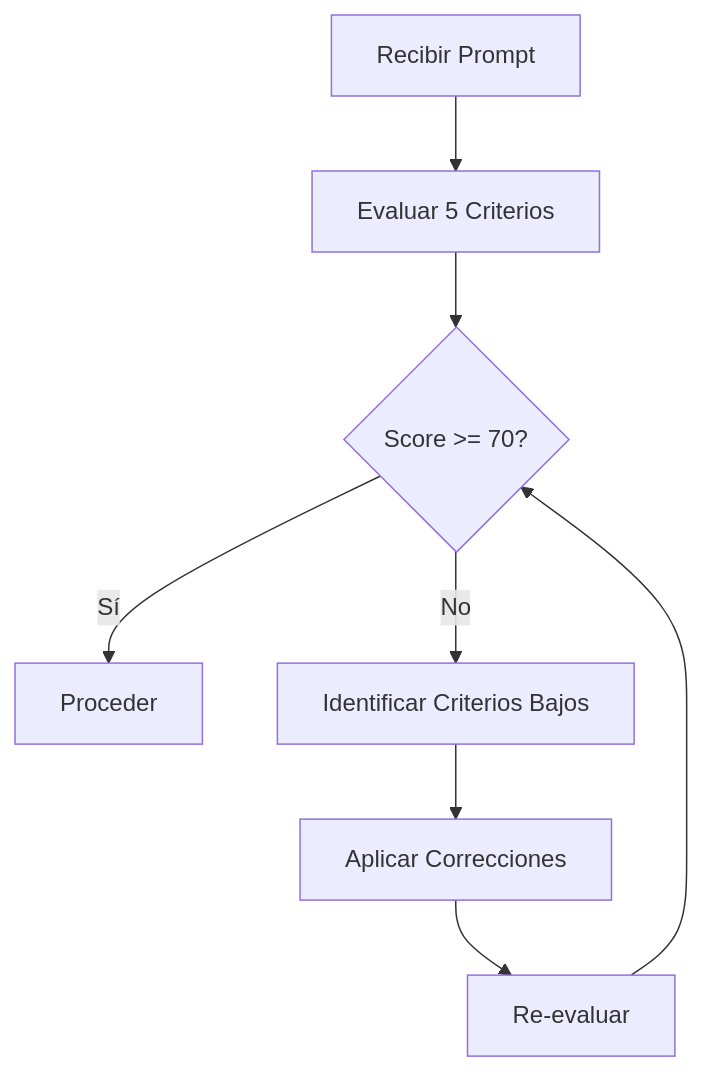
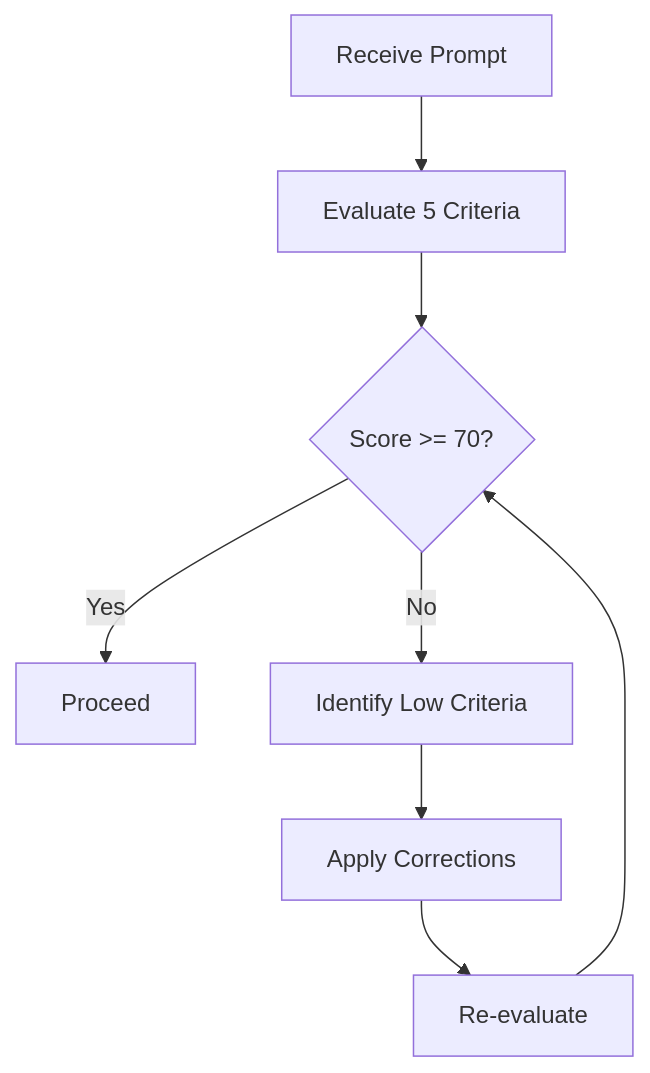
Before and after one commit to MaciWP/claude-code-poneglyph: the diagram in .claude/skills/prompt-engineer/improvement-process.md, drawn with Mermaid. The commit also changed other lines of this file and 8 other files, not shown here.

````diff
--- a/.claude/skills/prompt-engineer/improvement-process.md
+++ b/.claude/skills/prompt-engineer/improvement-process.md
@@ -7,10 +7,10 @@
 ```mermaid
 graph TD
-    A[Recibir Prompt] --> B[Evaluar 5 Criterios]
+    A[Receive Prompt] --> B[Evaluate 5 Criteria]
     B --> C{Score >= 70?}
-    C -->|Sí| D[Proceder]
-    C -->|No| E[Identificar Criterios Bajos]
-    E --> F[Aplicar Correcciones]
-    F --> G[Re-evaluar]
+    C -->|Yes| D[Proceed]
+    C -->|No| E[Identify Low Criteria]
+    E --> F[Apply Corrections]
+    F --> G[Re-evaluate]
     G --> C
 ```
````
